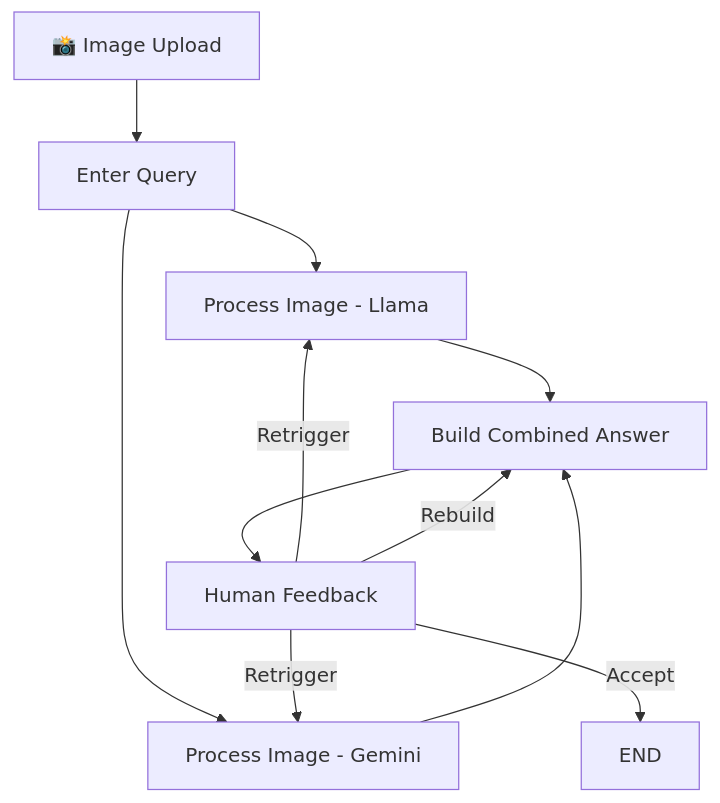
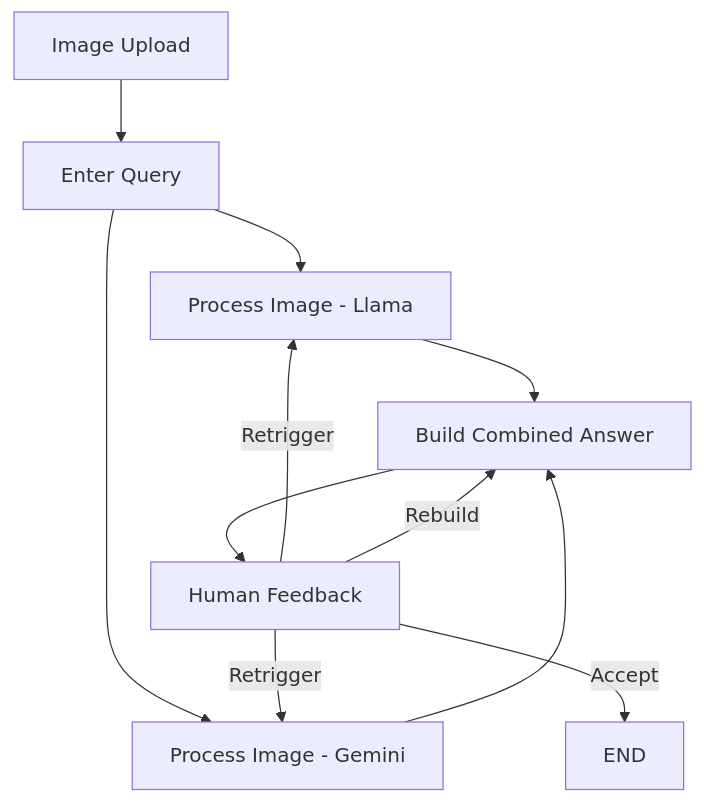
Before and after one commit to VaibhavK289/curasense-architecture: the second of 4 diagrams in BACKEND_DOCUMENTATION.md, drawn with Mermaid. The commit also changed other lines of this file and 148 other files, not shown here.

````diff
--- a/BACKEND_DOCUMENTATION.md
+++ b/BACKEND_DOCUMENTATION.md
@@ -344,11 +373,11 @@
 ```mermaid
 flowchart TD
-    A[📸 Image Upload] --> B[Enter Query]
+    A[Image Upload] --> B[Enter Query]
     B --> C[Process Image - Llama]
     B --> D[Process Image - Gemini]
     C & D --> E[Build Combined Answer]
     E --> F[Human Feedback]
     F -->|Retrigger| C & D
     F -->|Rebuild| E
     F -->|Accept| G[END]
 ```
````
